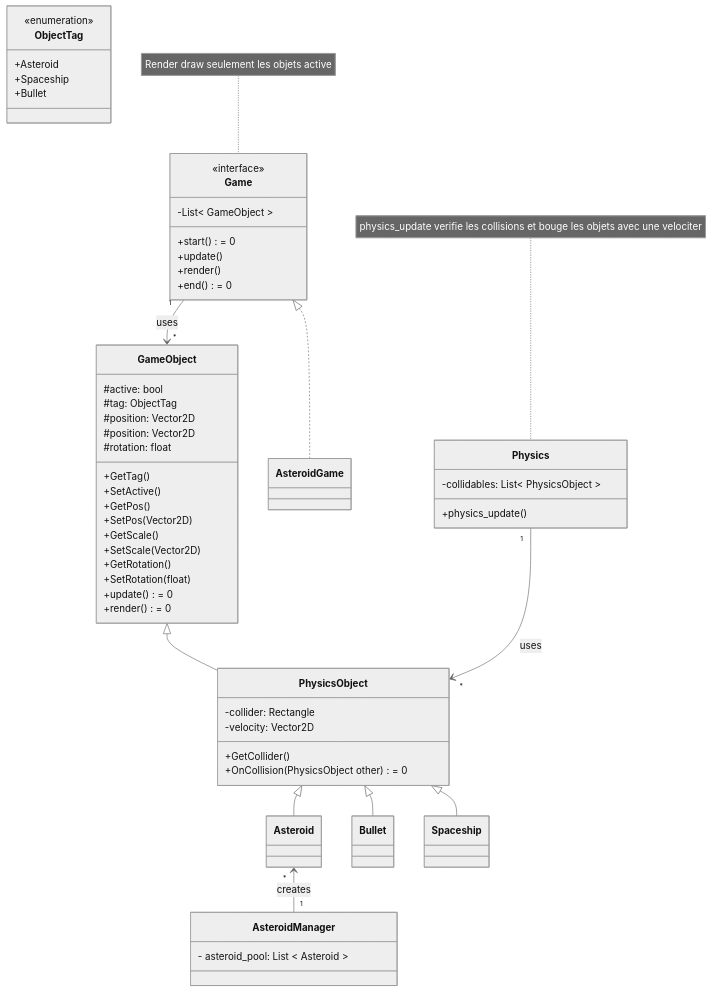
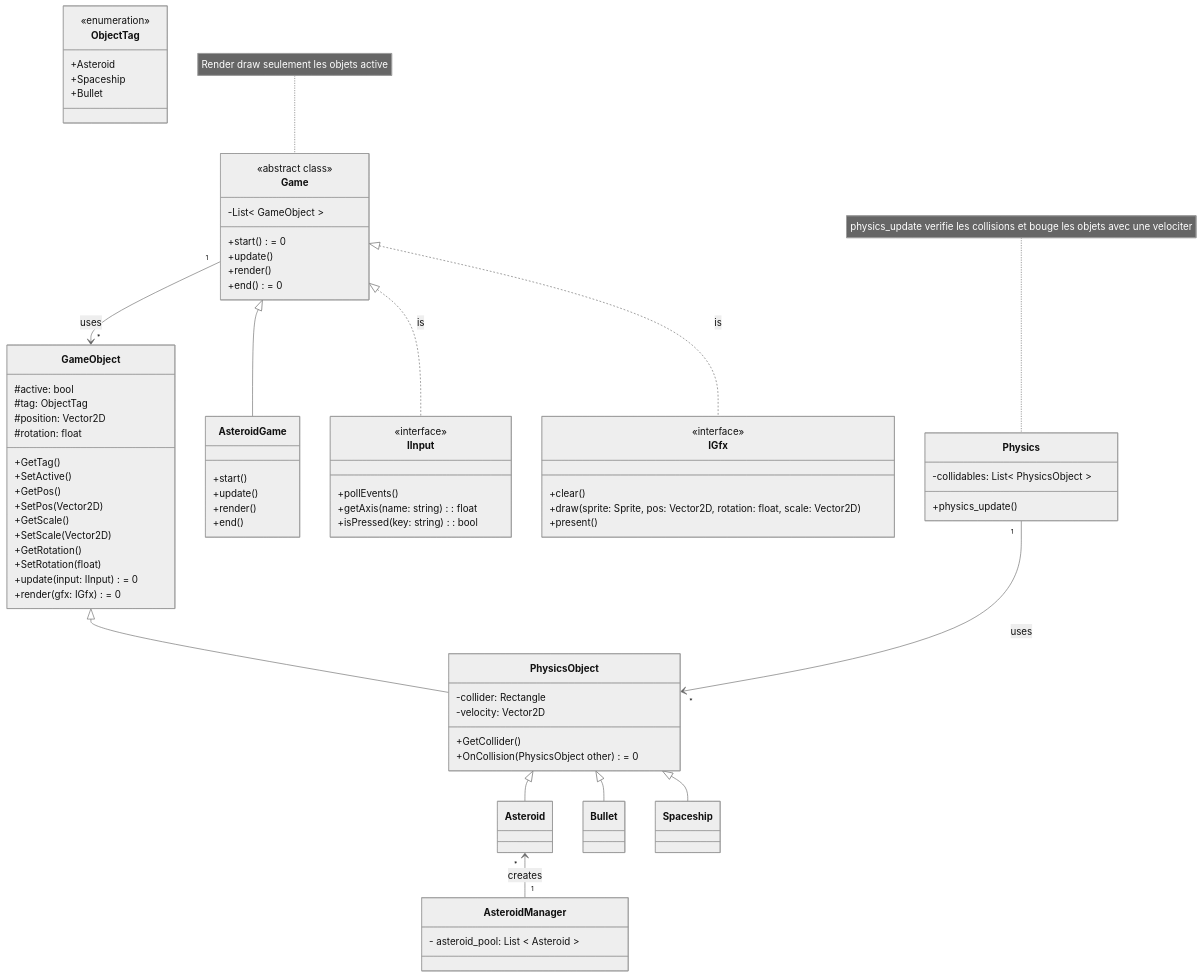
The diagram in README.md (jsteach/asteroid), drawn with Mermaid (neutral theme) before and after one commit.

Commit message:
Update class diagram in README.md

````diff
--- a/README.md
+++ b/README.md
@@ -2,7 +2,7 @@
 ```mermaid
 classDiagram
     class Game {
-        <<interface>>
+        <<abstract class>>
         -List< GameObject >
         +start() = 0
         +update()
@@ -17,33 +17,37 @@
         +Bullet
     }
 
+    class IInput {
+        <<interface>>
+        +pollEvents()
+        +getAxis(name: string): float
+        +isPressed(key: string): bool
+    }
+
+    class IGfx {
+        <<interface>>
+        +clear()
+        +draw(sprite: Sprite, pos: Vector2D, rotation: float, scale: Vector2D)
+        +present()
+    }
+
   class GameObject {
     #active: bool
     #tag: ObjectTag
     #position: Vector2D
-
-    #position: Vector2D
-
     #rotation: float
 
     +GetTag()
     +SetActive()
     +GetPos()
-
     +SetPos(Vector2D)
-
     +GetScale()
-
     +SetScale(Vector2D)
-
     +GetRotation()
-
     +SetRotation(float)
 
-    +update() = 0
-
-    +render() = 0
-
+    +update(input: IInput) = 0
+    +render(gfx: IGfx) = 0
   }
 
     class PhysicsObject {
@@ -54,33 +58,32 @@
     }
 
   class Physics {
-
     -collidables: List< PhysicsObject >
-
     +physics_update()
-
   }
-
-  
 
   class Asteroid {
 
   }
     class AsteroidManager {
         - asteroid_pool: List < Asteroid >
+    }
 
-    }
-  
+  class AsteroidGame {
+    +start()
+    +update()
+    +render()
+    +end()
+  }
 
   GameObject <|-- PhysicsObject
 
   Game "1" --> "*" GameObject : uses
 
-Asteroid "*" <-- "1"AsteroidManager : creates
+  Asteroid "*" <-- "1" AsteroidManager : creates
 
-  Physics "1" --> "*"PhysicsObject : uses
+  Physics "1" --> "*" PhysicsObject : uses
 
-  Game <|.. AsteroidGame
 
   PhysicsObject <|-- Asteroid
 
@@ -88,9 +91,14 @@
 
   PhysicsObject <|-- Spaceship
 
- %% Comment explaining the update method
 
- note for Physics "physics_update verifie les collisions et bouge les objets avec une velociter"
- note for Game "Render draw seulement les objets active"
- 
+  Game <|-- AsteroidGame
+
+  Game <|.. IInput : is
+  Game <|.. IGfx : is
+
+  %% Comment explaining the update method
+
+  note for Physics "physics_update verifie les collisions et bouge les objets avec une velociter"
+  note for Game "Render draw seulement les objets active"
 ```
````
